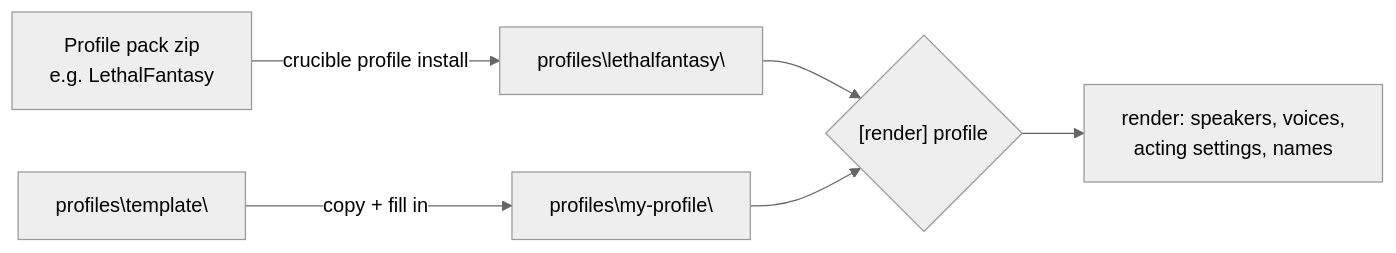
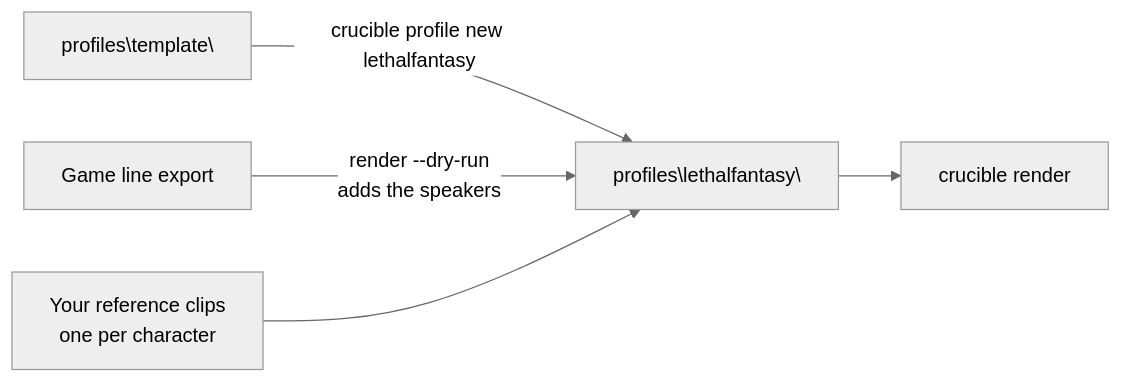
Before and after one commit to EPIC3D/LethalFantasy-VoiceCrucible: the diagram in docs/PROFILES.md, drawn with Mermaid (neutral theme). The commit also changed other lines of this file and 10 other files, not shown here.

First line of the commit message:
Profiles: create your own from the template (no profile pack needed)

````diff
--- a/docs/PROFILES.md
+++ b/docs/PROFILES.md
@@ -8,8 +8,7 @@
 ```mermaid
 flowchart LR
-    P[Profile pack zip<br/>e.g. LethalFantasy] -->|crucible profile install| F[profiles\lethalfantasy\]
-    T[profiles\template\] -->|copy + fill in| O[profiles\my-profile\]
-    F --> R{"[render] profile"}
-    O --> R
-    R --> B[render: speakers, voices,<br/>acting settings, names]
+    T[profiles\template\] -->|crucible profile new lethalfantasy| P[profiles\lethalfantasy\]
+    X[Game line export] -->|render --dry-run<br/>adds the speakers| P
+    V[Your reference clips<br/>one per character] --> P
+    P --> R[crucible render]
 ```
````
